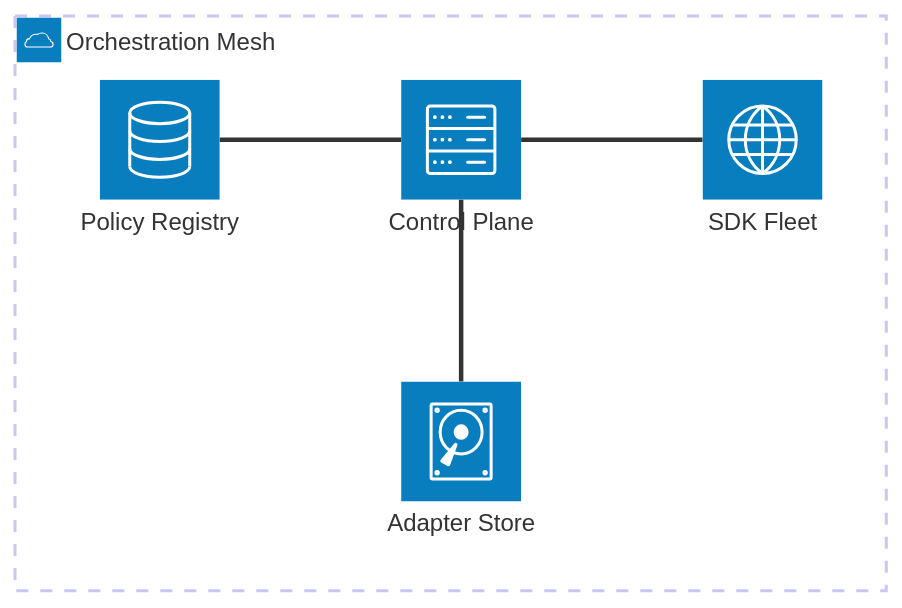
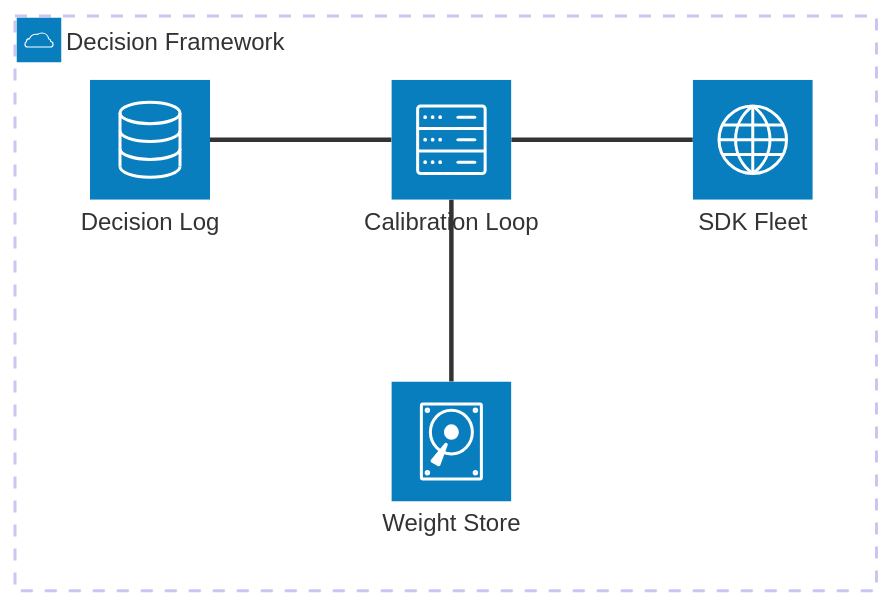
Diagram 20 of 25 in lib/components/diagram/diagram/diagram.gallery.md (SlideWright/lattice), drawn with Mermaid before and after one commit. The commit also changed other lines of this file and 81 other files, not shown here.

````diff
--- a/lib/components/diagram/diagram/diagram.gallery.md
+++ b/lib/components/diagram/diagram/diagram.gallery.md
@@ -590,11 +590,11 @@
 ```mermaid
 architecture-beta
-  group platform(cloud)[Orchestration Mesh]
-  service reg(database)[Policy Registry] in platform
-  service cp(server)[Control Plane] in platform
+  group platform(cloud)[Decision Framework]
+  service reg(database)[Decision Log] in platform
+  service cp(server)[Calibration Loop] in platform
   service sdk(internet)[SDK Fleet] in platform
-  service store(disk)[Adapter Store] in platform
+  service store(disk)[Weight Store] in platform
   reg:R -- L:cp
   cp:R -- L:sdk
   cp:B -- T:store
 ```
````
